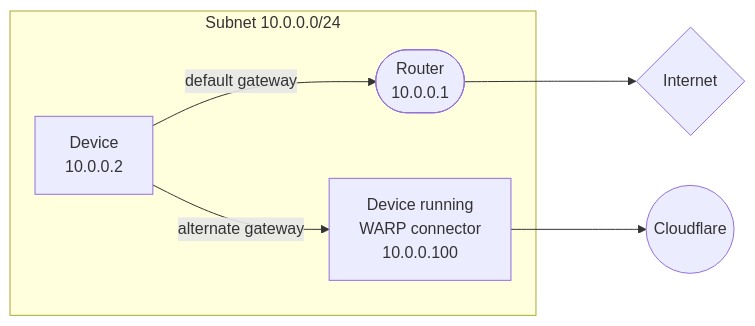
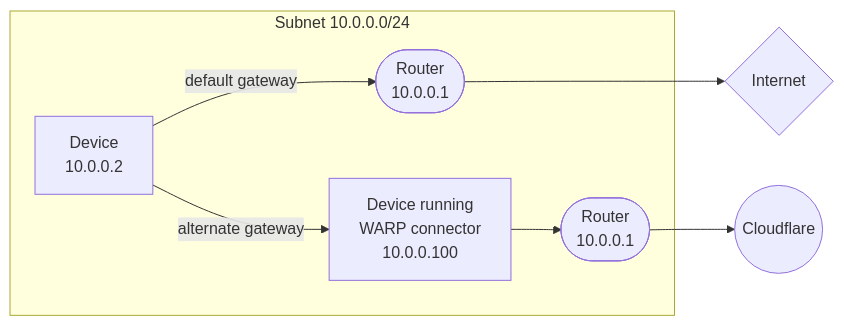
One commit to cloudflare/cloudflare-docs changed the third of 4 diagrams in content/cloudflare-one/connections/connect-networks/private-net/warp-connector.md. Above: the diagram before and after it, drawn with Mermaid. The commit also changed other lines of this file, not shown here.

````diff
--- a/content/cloudflare-one/connections/connect-networks/private-net/warp-connector.md
+++ b/content/cloudflare-one/connections/connect-networks/private-net/warp-connector.md
@@ -180,15 +196,17 @@
 ```mermaid
     flowchart LR
       accTitle: Alternate gateway configuration
       subgraph subnet[Subnet 10.0.0.0/24]
         device["Device
         10.0.0.2"]--default gateway-->router(["Router
         10.0.0.1"])
         device--alternate gateway-->warp["Device running
         WARP connector
         10.0.0.100"]
+        -->router2(["Router
+        10.0.0.1"])
 
       end
       router--->I{Internet}
-      warp--->C((Cloudflare))
+      router2-->C((Cloudflare))
 ```
````
